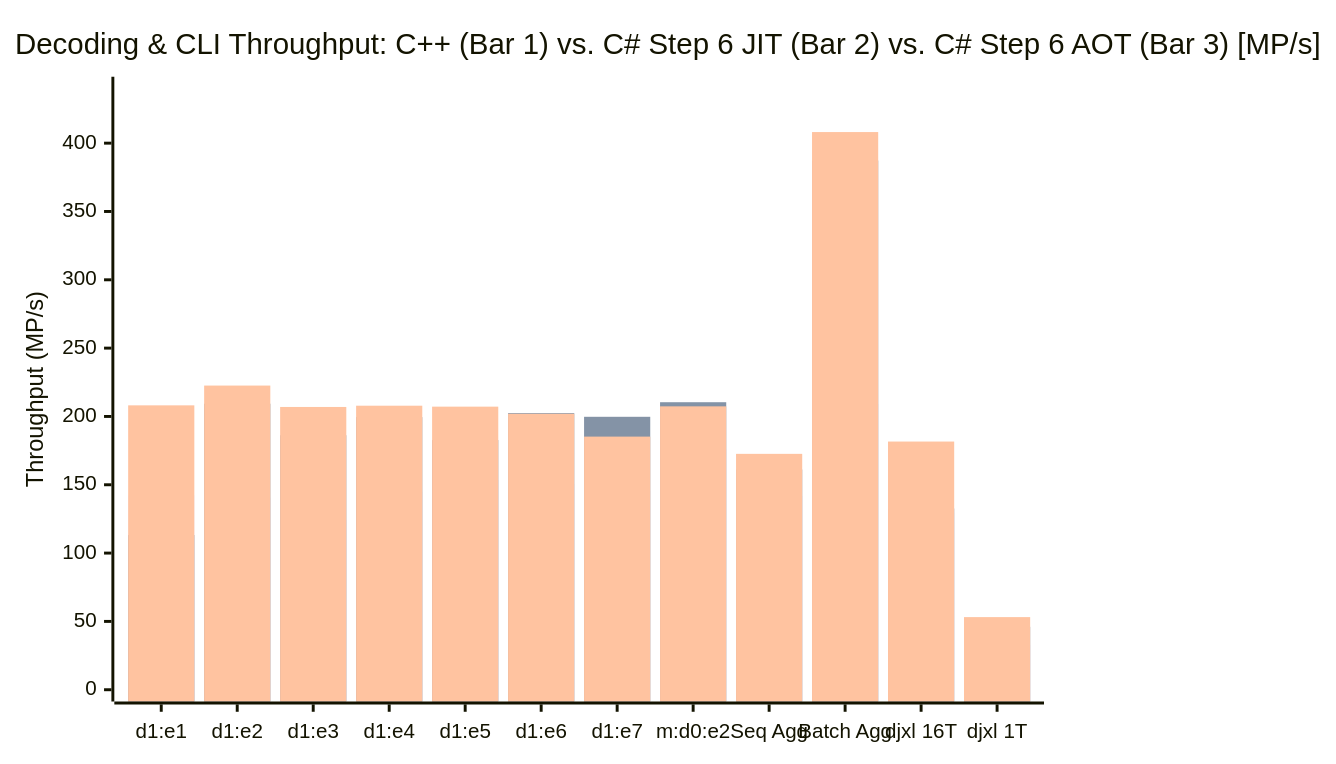
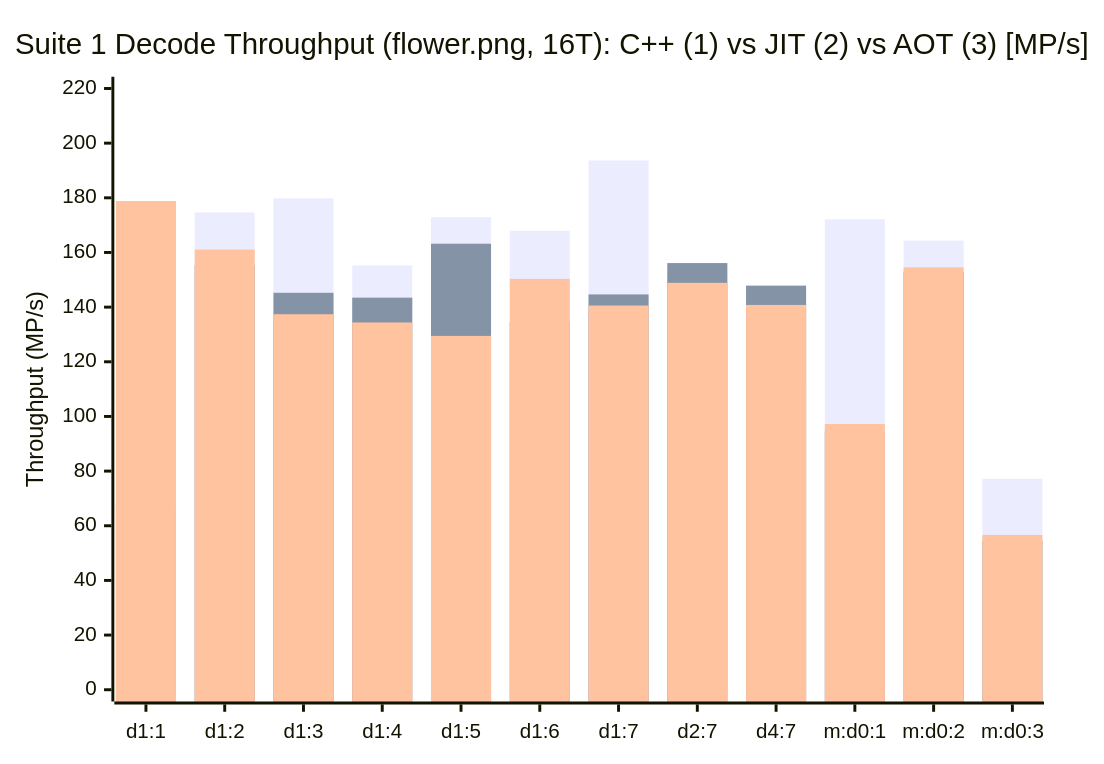
The second of 3 diagrams in benchmark.md (Hefaistos68/jxlsharp), drawn with Mermaid before and after one commit. The commit also changed other lines of this file and 3 other files, not shown here.

````diff
--- a/benchmark.md
+++ b/benchmark.md
@@ -399,9 +305,9 @@
 ```mermaid
 xychart-beta
-    title "Decoding & CLI Throughput: C++ (Bar 1) vs. C# Step 6 JIT (Bar 2) vs. C# Step 6 AOT (Bar 3) [MP/s]"
-    x-axis ["d1:e1", "d1:e2", "d1:e3", "d1:e4", "d1:e5", "d1:e6", "d1:e7", "m:d0:e2", "Seq Agg", "Batch Agg", "djxl 16T", "djxl 1T"]
-    y-axis "Throughput (MP/s)" 0 --> 440
-    bar [142.26, 140.48, 124.18, 144.88, 153.56, 150.67, 145.46, 176.28, 141.78, 209.26, 129.69, 32.93]
-    bar [113.21, 209.31, 186.26, 199.51, 182.72, 202.43, 199.74, 210.41, 161.19, 387.26, 132.63, 46.04]
-    bar [208.12, 222.60, 206.94, 207.86, 207.17, 201.96, 185.24, 207.39, 172.62, 408.12, 181.63, 53.14]
+    title "Suite 1 Decode Throughput (flower.png, 16T): C++ (1) vs JIT (2) vs AOT (3) [MP/s]"
+    x-axis ["d1:1", "d1:2", "d1:3", "d1:4", "d1:5", "d1:6", "d1:7", "d2:7", "d4:7", "m:d0:1", "m:d0:2", "m:d0:3"]
+    y-axis "Throughput (MP/s)" 0 --> 220
+    bar [165.91, 174.65, 179.79, 155.26, 172.87, 167.93, 193.68, 153.68, 111.07, 172.15, 164.33, 77.19]
+    bar [67.42, 155.33, 145.25, 143.47, 163.20, 134.42, 144.65, 156.12, 147.87, 94.66, 152.85, 54.46]
+    bar [178.82, 161.06, 137.40, 134.39, 129.47, 150.34, 140.59, 148.89, 140.80, 97.23, 154.56, 56.65]
 ```
````
